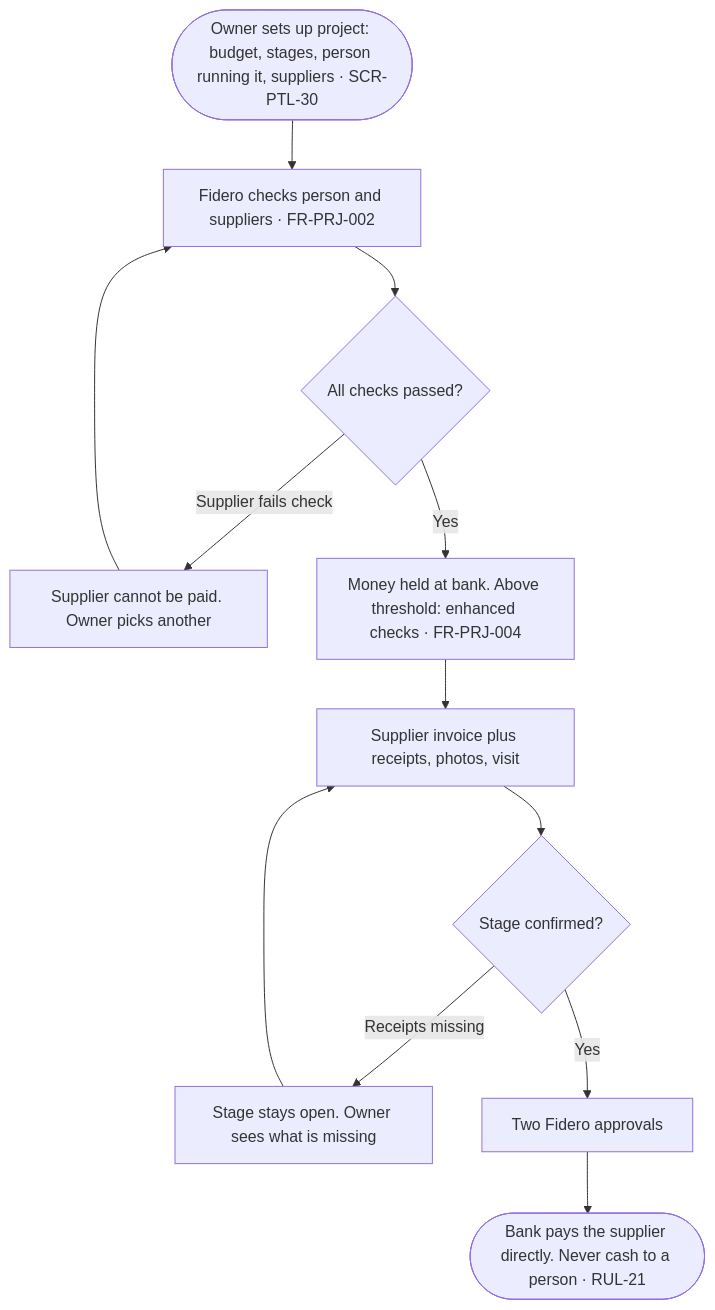
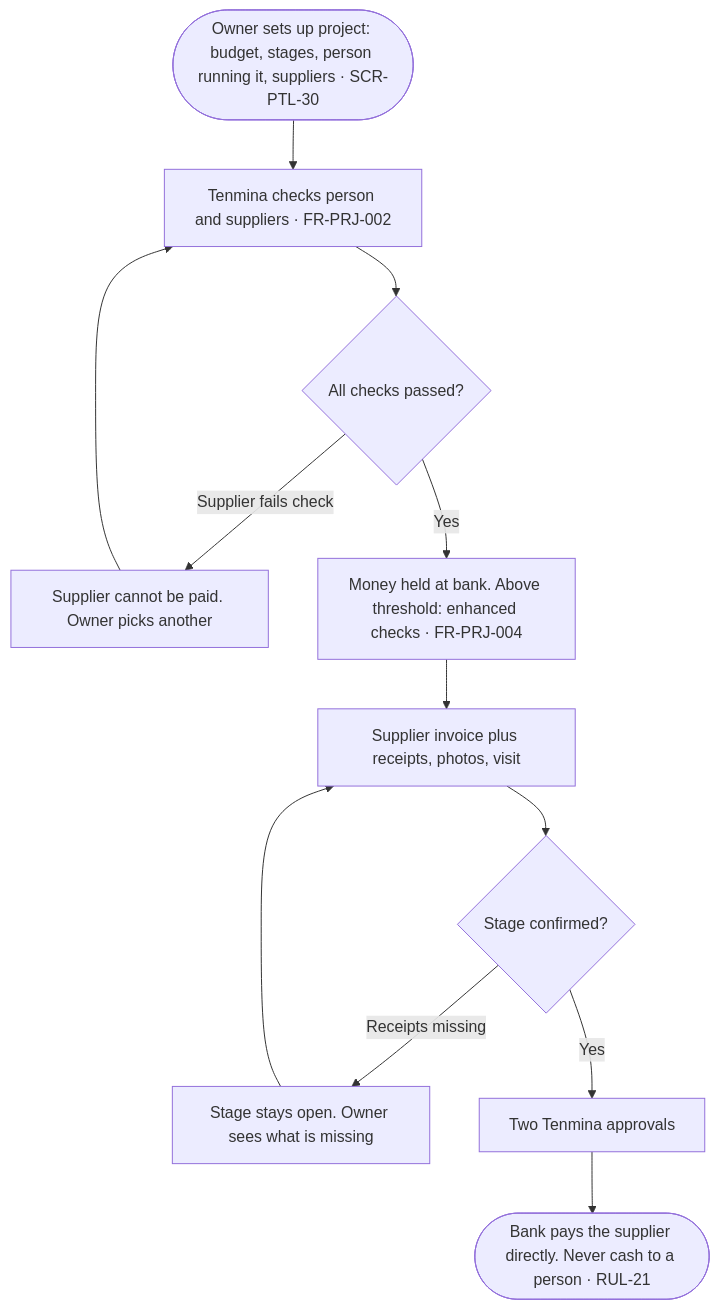
One commit to 1SteveMens/Fidero changed the fifth of 12 diagrams in docs/specs/03-ui-ux-design.md. Above: the diagram before and after it, drawn with Mermaid. The commit also changed other lines of this file and 90 other files, not shown here.

First line of the commit message:
Rename Fidero to Tenmina

````diff
--- a/docs/specs/03-ui-ux-design.md
+++ b/docs/specs/03-ui-ux-design.md
@@ -635,14 +635,14 @@
 ```mermaid
 flowchart TD
-    E0(["Owner sets up project: budget, stages, person running it, suppliers · SCR-PTL-30"]) --> E1["Fidero checks person and suppliers · FR-PRJ-002"]
+    E0(["Owner sets up project: budget, stages, person running it, suppliers · SCR-PTL-30"]) --> E1["Tenmina checks person and suppliers · FR-PRJ-002"]
     E1 --> E1c{"All checks passed?"}
     E1c -->|"Supplier fails check"| E1x["Supplier cannot be paid. Owner picks another"]
     E1x --> E1
     E1c -->|"Yes"| E2["Money held at bank. Above threshold: enhanced checks · FR-PRJ-004"]
     E2 --> E3["Supplier invoice plus receipts, photos, visit"]
     E3 --> E3c{"Stage confirmed?"}
     E3c -->|"Receipts missing"| E3r["Stage stays open. Owner sees what is missing"]
     E3r --> E3
-    E3c -->|"Yes"| E4["Two Fidero approvals"]
+    E3c -->|"Yes"| E4["Two Tenmina approvals"]
     E4 --> E5(["Bank pays the supplier directly. Never cash to a person · RUL-21"])
 ```
````
